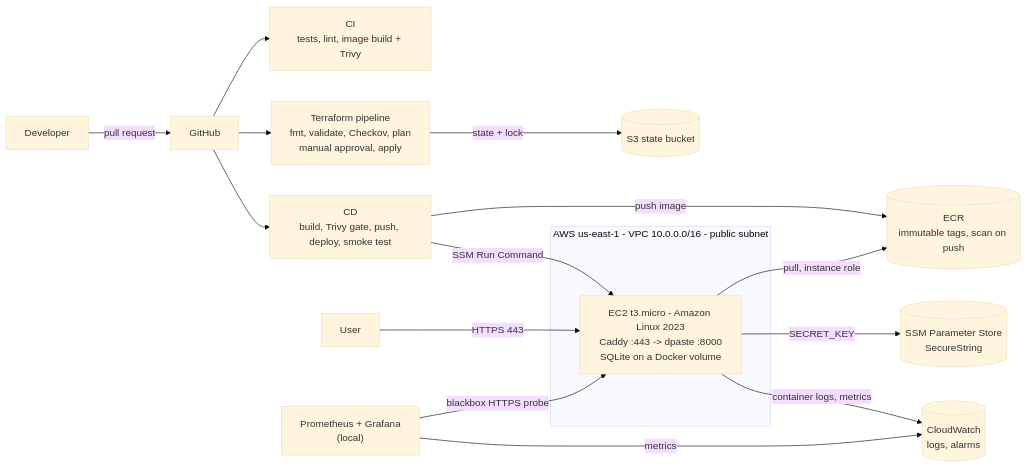
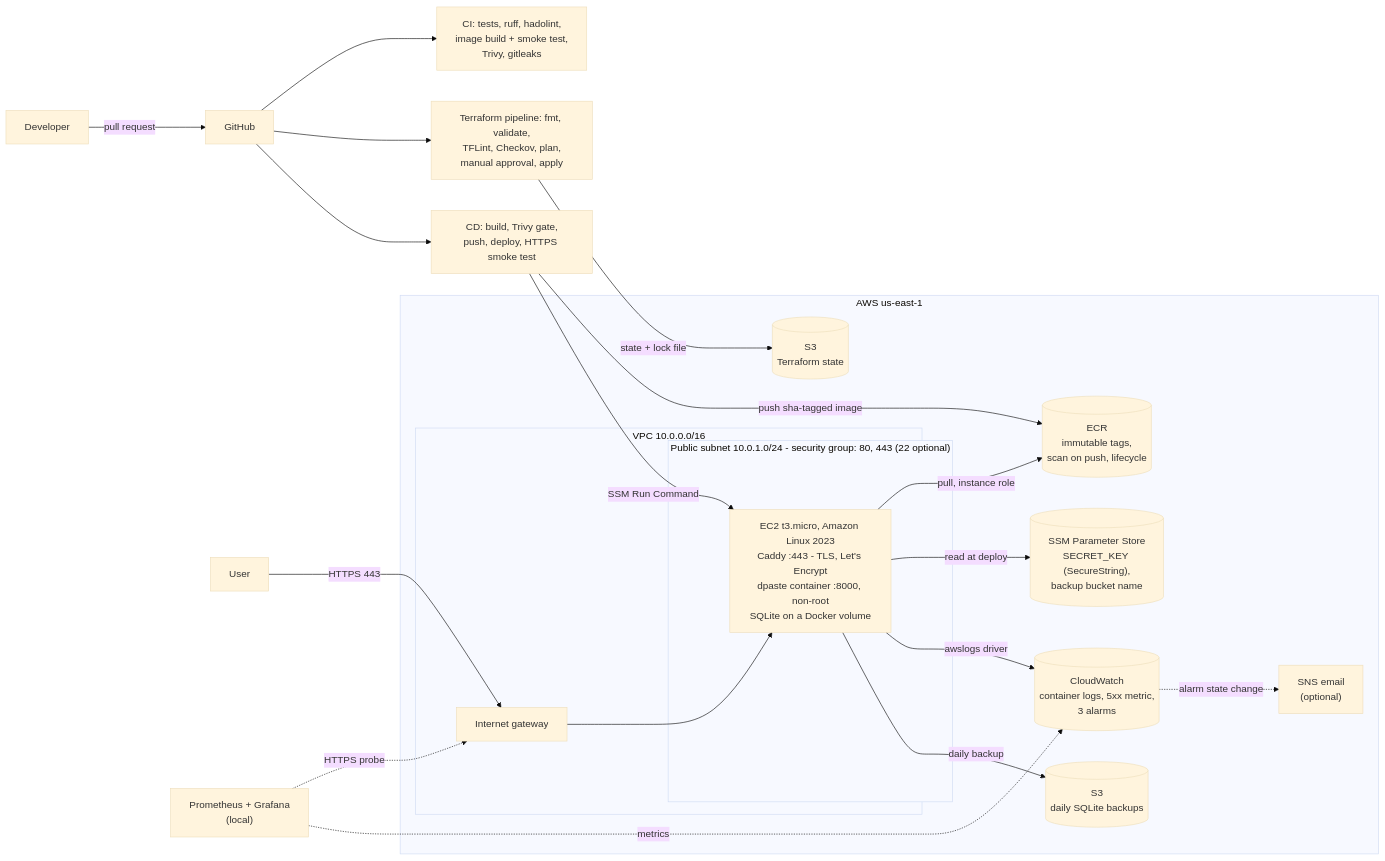
Before and after one commit to rayenmabrouk/cloudpulse: the diagram in README.md, drawn with Mermaid (base theme). The commit also changed other lines of this file and 2 other files, not shown here.

````diff
--- a/README.md
+++ b/README.md
@@ -37,19 +13,35 @@
 ```mermaid
 flowchart LR
     dev["Developer"] -->|pull request| gh["GitHub"]
-    gh --> ci["CI<br/>tests, lint, image build + Trivy"]
-    gh --> tf["Terraform pipeline<br/>fmt, validate, Checkov, plan<br/>manual approval, apply"]
-    gh --> cd["CD<br/>build, Trivy gate, push, deploy, smoke test"]
-    cd -->|push image| ecr[("ECR<br/>immutable tags, scan on push")]
+    gh --> ci["CI: tests, ruff, hadolint,<br/>image build + smoke test,<br/>Trivy, gitleaks"]
+    gh --> tfp["Terraform pipeline: fmt, validate,<br/>TFLint, Checkov, plan,<br/>manual approval, apply"]
+    gh --> cd["CD: build, Trivy gate,<br/>push, deploy, HTTPS smoke test"]
+    user["User"] -->|HTTPS 443| igw
+    mon["Prometheus + Grafana<br/>(local)"] -.->|HTTPS probe| igw
+
+    subgraph aws["AWS us-east-1"]
+        state[("S3<br/>Terraform state")]
+        ecr[("ECR<br/>immutable tags,<br/>scan on push, lifecycle")]
+        subgraph vpc["VPC 10.0.0.0/16"]
+            igw["Internet gateway"]
+            subgraph subnet["Public subnet 10.0.1.0/24 - security group: 80, 443 (22 optional)"]
+                ec2["EC2 t3.micro, Amazon Linux 2023<br/>Caddy :443 - TLS, Let's Encrypt<br/>dpaste container :8000, non-root<br/>SQLite on a Docker volume"]
+            end
+        end
+        ssm[("SSM Parameter Store<br/>SECRET_KEY (SecureString),<br/>backup bucket name")]
+        cw[("CloudWatch<br/>container logs, 5xx metric,<br/>3 alarms")]
+        bak[("S3<br/>daily SQLite backups")]
+        sns["SNS email<br/>(optional)"]
+    end
+
+    tfp -->|state + lock file| state
+    cd -->|push sha-tagged image| ecr
     cd -->|SSM Run Command| ec2
-    tf -->|state + lock| s3[("S3 state bucket")]
-    user["User"] -->|HTTPS 443| ec2
-    subgraph aws["AWS us-east-1 - VPC 10.0.0.0/16 - public subnet"]
-        ec2["EC2 t3.micro - Amazon Linux 2023<br/>Caddy :443 -> dpaste :8000<br/>SQLite on a Docker volume"]
-    end
+    igw --> ec2
     ec2 -->|pull, instance role| ecr
-    ec2 -->|SECRET_KEY| ssm[("SSM Parameter Store<br/>SecureString")]
-    ec2 -->|container logs, metrics| cw[("CloudWatch<br/>logs, alarms")]
-    mon["Prometheus + Grafana<br/>(local)"] -->|blackbox HTTPS probe| ec2
-    mon -->|metrics| cw
+    ec2 -->|read at deploy| ssm
+    ec2 -->|awslogs driver| cw
+    ec2 -->|daily backup| bak
+    cw -.->|alarm state change| sns
+    mon -.->|metrics| cw
 ```
````
